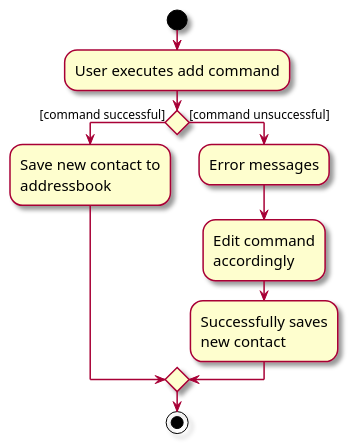
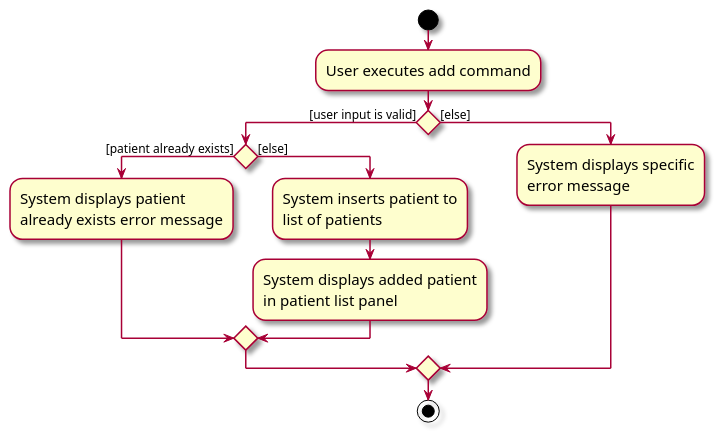
Before and after one commit to AY2324S2-CS2103T-F14-2/tp: the diagram in diagrams/AddCommandActivityDiagram.puml, drawn with PlantUML. The commit also changed 31 other files, not shown here.

```diff
--- a/diagrams/AddCommandActivityDiagram.puml
+++ b/diagrams/AddCommandActivityDiagram.puml
@@ -1,22 +1,26 @@
 @startuml
 skin rose
 skinparam ActivityFontSize 15
 skinparam ArrowFontSize 12
 start
 :User executes add command;
 
 'Since the beta syntax does not support placing the condition outside the
 'diamond we place it as the true branch instead.
 
-if () then ([command successful])
-    :Save new contact to
-    addressbook;
-else ([command unsuccessful])
-    :Error messages;
-    :Edit command
-    accordingly;
-    :Successfully saves
-    new contact;
+if () then ([user input is valid])
+    if () then ([patient already exists])
+        :System displays patient
+        already exists error message;
+    else ([else])
+        :System inserts patient to
+        list of patients;
+        :System displays added patient
+        in patient list panel;
+    endif
+else ([else])
+    :System displays specific
+    error message;
 endif
 stop
 @enduml
```
